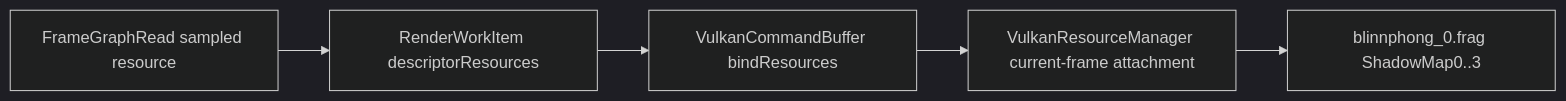
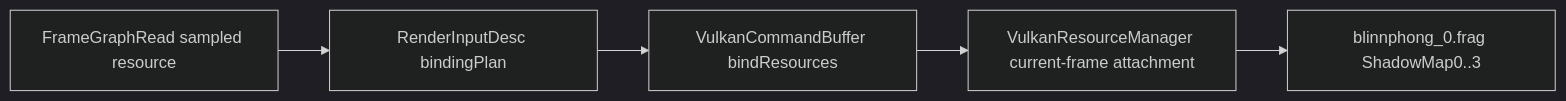
The diagram in notes/tutorial/shadow-era/03-csm-reading-path.md (crackhopper/LXEngine), drawn with Mermaid (dark theme) before and after one commit. The commit also changed 112 other files, not shown here.

````diff
--- a/notes/tutorial/shadow-era/03-csm-reading-path.md
+++ b/notes/tutorial/shadow-era/03-csm-reading-path.md
@@ -30,13 +30,13 @@
 ```mermaid
 flowchart LR
     fg[FrameGraphRead sampled resource]
-    item[RenderWorkItem descriptorResources]
+    desc[RenderInputDesc bindingPlan]
     cmd[VulkanCommandBuffer bindResources]
     attachment[VulkanResourceManager current-frame attachment]
     shader[blinnphong_0.frag ShadowMap0..3]
 
-    fg --> item
-    item --> cmd
+    fg --> desc
+    desc --> cmd
     cmd --> attachment
     attachment --> shader
 ```
````
